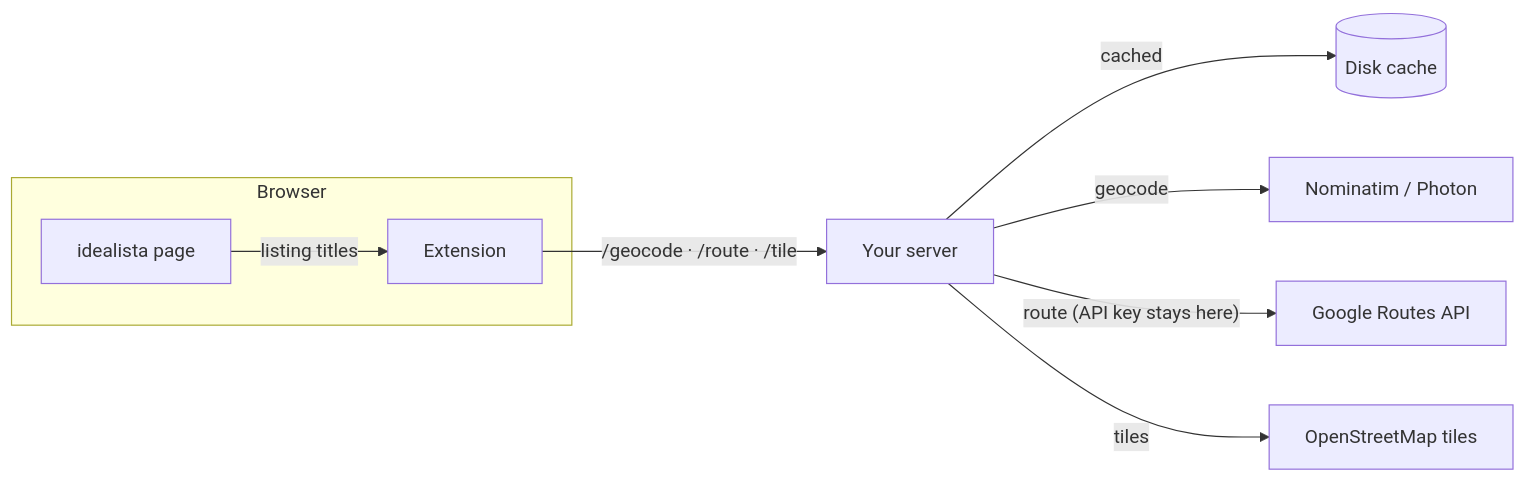
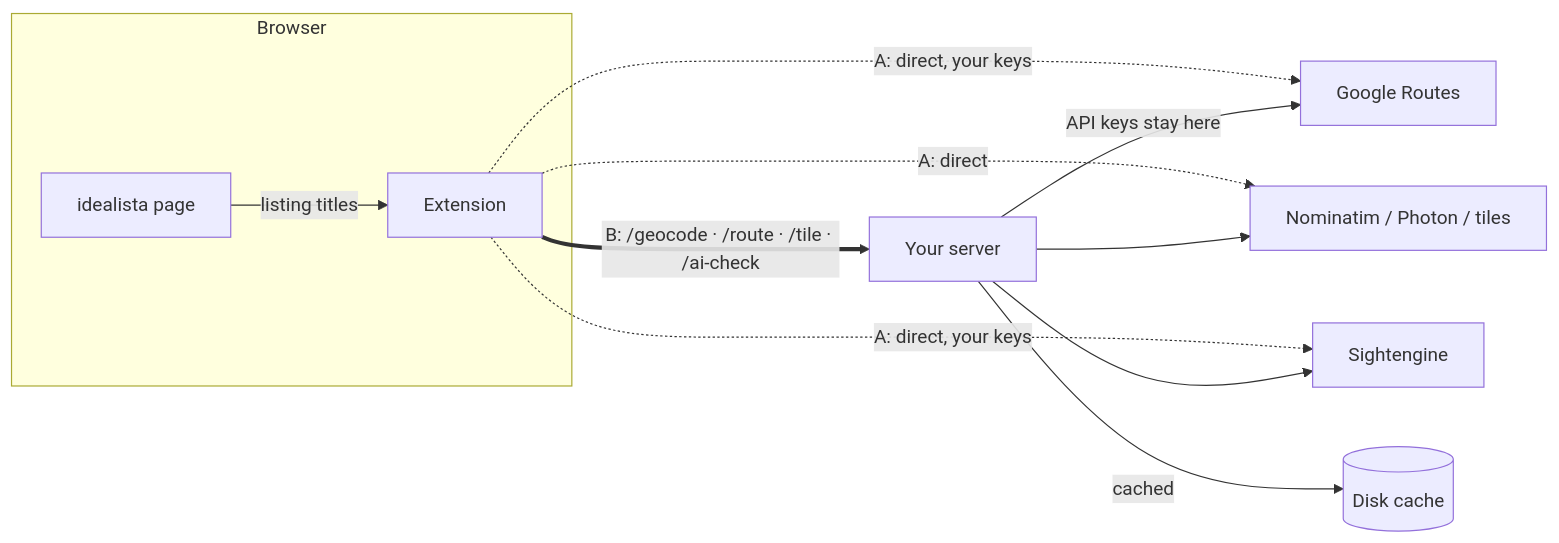
Before and after one commit to SelfishCoconut/idealista-commute: the diagram in README.md, drawn with Mermaid. The commit also changed other lines of this file and 4 other files, not shown here.

````diff
--- a/README.md
+++ b/README.md
@@ -58,11 +70,14 @@
 ```mermaid
 flowchart LR
     subgraph Browser
       P[idealista page] -- listing titles --> X[Extension]
     end
-    X -- "/geocode · /route · /tile" --> S[Your server]
+    X -. "A: direct, your keys" .-> G[Google Routes]
+    X -. "A: direct" .-> OSM[Nominatim / Photon / tiles]
+    X -. "A: direct, your keys" .-> SE[Sightengine]
+    X == "B: /geocode · /route · /tile · /ai-check" ==> S[Your server]
     S -- cached --> C[(Disk cache)]
-    S -- geocode --> OSM[Nominatim / Photon]
-    S -- "route (API key stays here)" --> G[Google Routes API]
-    S -- tiles --> T[OpenStreetMap tiles]
+    S --> OSM
+    S -- "API keys stay here" --> G
+    S --> SE
 ```
````
